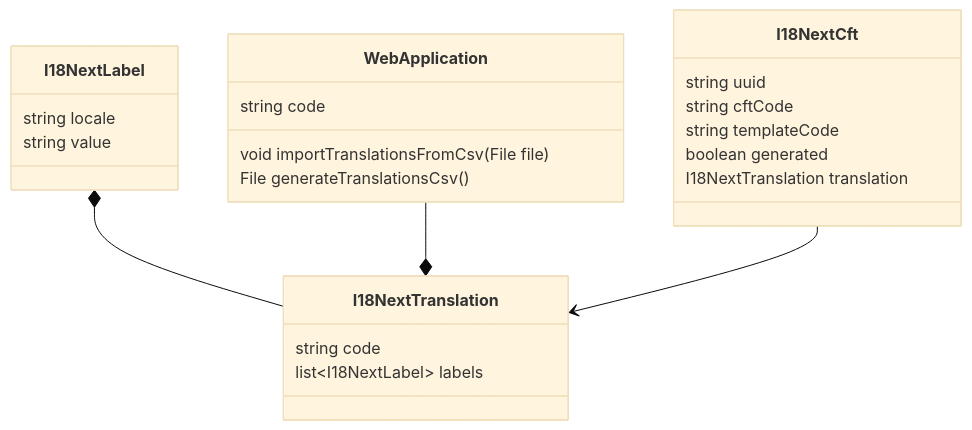
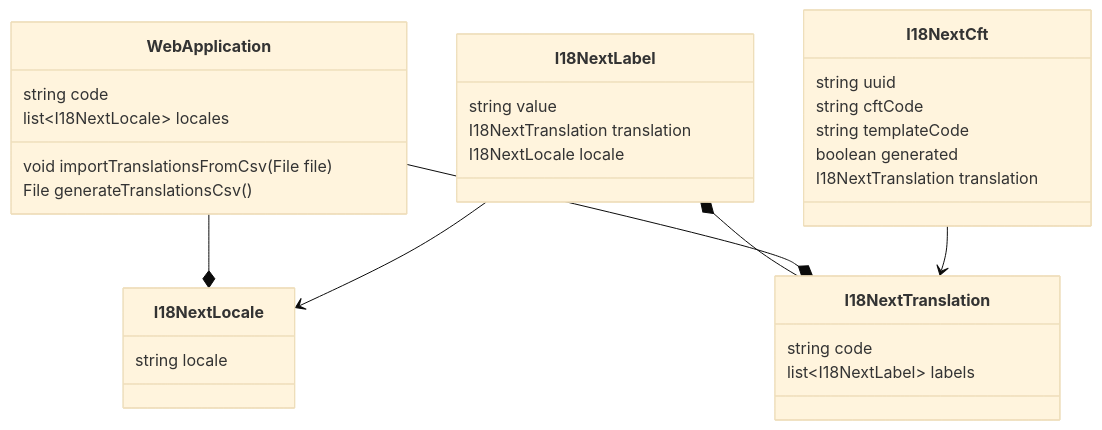
Before and after one commit to meveo-org/module-webapprouter: the diagram in specs/internationalization/README.md, drawn with Mermaid (base theme). The commit also changed other lines of this file, not shown here.

````diff
--- a/specs/internationalization/README.md
+++ b/specs/internationalization/README.md
@@ -5,26 +5,33 @@
 ```mermaid
 classDiagram
 class WebApplication {
     string code
     void importTranslationsFromCsv(File file)
     File generateTranslationsCsv()
+    list~I18NextLocale~ locales
 }
 class I18NextTranslation {
     string code
     list~I18NextLabel~ labels
 }
+class I18NextLocale {
+   string locale
+}
 class I18NextLabel {
-   string locale
    string value
+   I18NextTranslation translation
+   I18NextLocale locale
 }
 class I18NextCft {
     string uuid
     string cftCode
     string templateCode
     boolean generated
     I18NextTranslation translation
 }
+WebApplication --* I18NextLocale
 I18NextLabel *-- I18NextTranslation
 WebApplication --* I18NextTranslation
 I18NextCft --> I18NextTranslation
+I18NextLabel --> I18NextLocale
 ```
````
